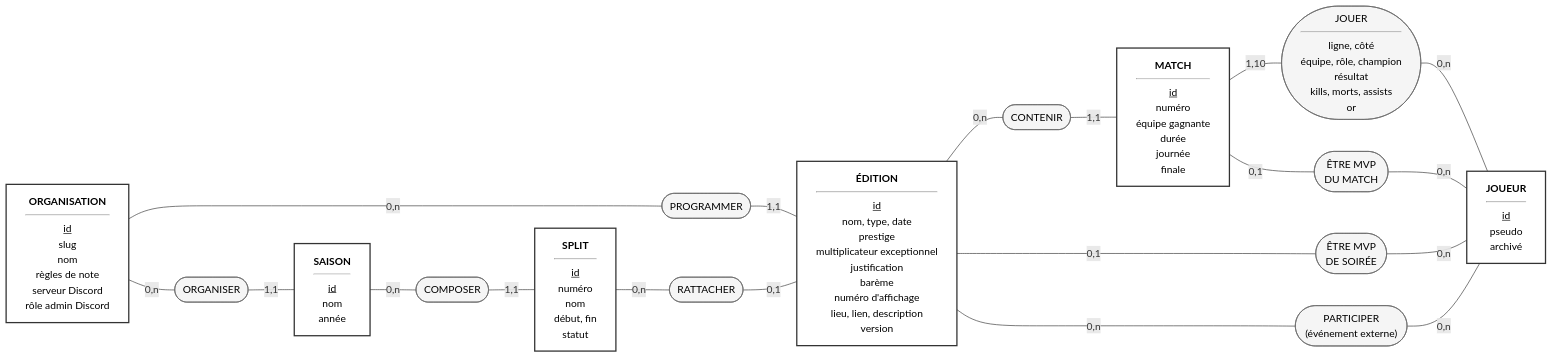
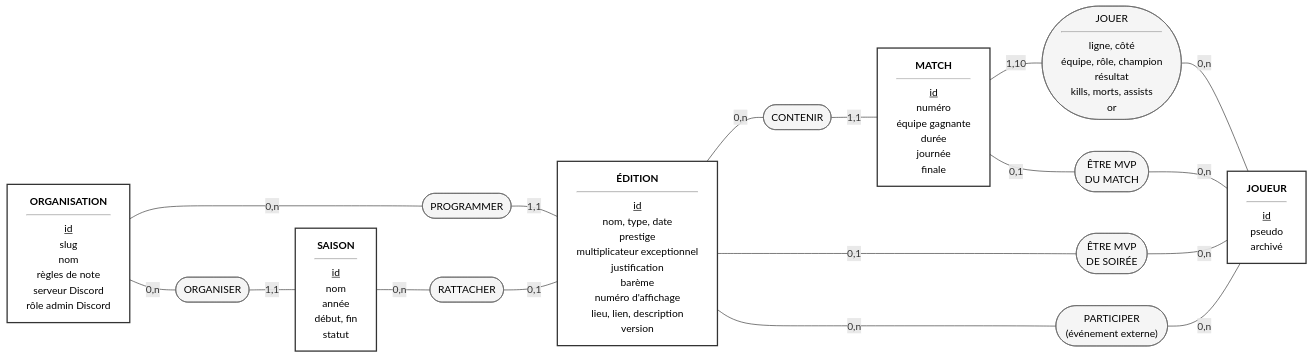
One commit to Charkx/Arrakard changed the first of 4 diagrams in docs/architecture/data-model.md. Above: the diagram before and after it, drawn with Mermaid. The commit also changed other lines of this file and 5 other files, not shown here.

First line of the commit message:
docs: l'architecture décrit la saison seule

````diff
--- a/docs/architecture/data-model.md
+++ b/docs/architecture/data-model.md
@@ -35,32 +35,29 @@
 ```mermaid
 flowchart LR
   classDef entity fill:#fff,stroke:#333,stroke-width:2px,color:#000
   classDef assoc fill:#f5f5f5,stroke:#666,color:#000
 
   ORG["<b>ORGANISATION</b><hr/><u>id</u><br/>slug<br/>nom<br/>règles de note<br/>serveur Discord<br/>rôle admin Discord"]:::entity
-  SAISON["<b>SAISON</b><hr/><u>id</u><br/>nom<br/>année"]:::entity
-  SPLIT["<b>SPLIT</b><hr/><u>id</u><br/>numéro<br/>nom<br/>début, fin<br/>statut"]:::entity
+  SAISON["<b>SAISON</b><hr/><u>id</u><br/>nom<br/>année<br/>début, fin<br/>statut"]:::entity
   EDITION["<b>ÉDITION</b><hr/><u>id</u><br/>nom, type, date<br/>prestige<br/>multiplicateur exceptionnel<br/>justification<br/>barème<br/>numéro d'affichage<br/>lieu, lien, description<br/>version"]:::entity
   MATCH["<b>MATCH</b><hr/><u>id</u><br/>numéro<br/>équipe gagnante<br/>durée<br/>journée<br/>finale"]:::entity
   JOUEUR["<b>JOUEUR</b><hr/><u>id</u><br/>pseudo<br/>archivé"]:::entity
 
   organiser(["ORGANISER"]):::assoc
   accueillir(["PROGRAMMER"]):::assoc
-  composer(["COMPOSER"]):::assoc
   rattacher(["RATTACHER"]):::assoc
   contenir(["CONTENIR"]):::assoc
   jouer(["JOUER<hr/>ligne, côté<br/>équipe, rôle, champion<br/>résultat<br/>kills, morts, assists<br/>or"]):::assoc
   mvpMatch(["ÊTRE MVP<br/>DU MATCH"]):::assoc
   mvpEdition(["ÊTRE MVP<br/>DE SOIRÉE"]):::assoc
   participer(["PARTICIPER<br/>(événement externe)"]):::assoc
 
   ORG ---|"0,n"| organiser ---|"1,1"| SAISON
   ORG ---|"0,n"| accueillir ---|"1,1"| EDITION
-  SAISON ---|"0,n"| composer ---|"1,1"| SPLIT
-  SPLIT ---|"0,n"| rattacher ---|"0,1"| EDITION
+  SAISON ---|"0,n"| rattacher ---|"0,1"| EDITION
   EDITION ---|"0,n"| contenir ---|"1,1"| MATCH
   MATCH ---|"1,10"| jouer ---|"0,n"| JOUEUR
   MATCH ---|"0,1"| mvpMatch ---|"0,n"| JOUEUR
   EDITION ---|"0,1"| mvpEdition ---|"0,n"| JOUEUR
   EDITION ---|"0,n"| participer ---|"0,n"| JOUEUR
 ```
````
